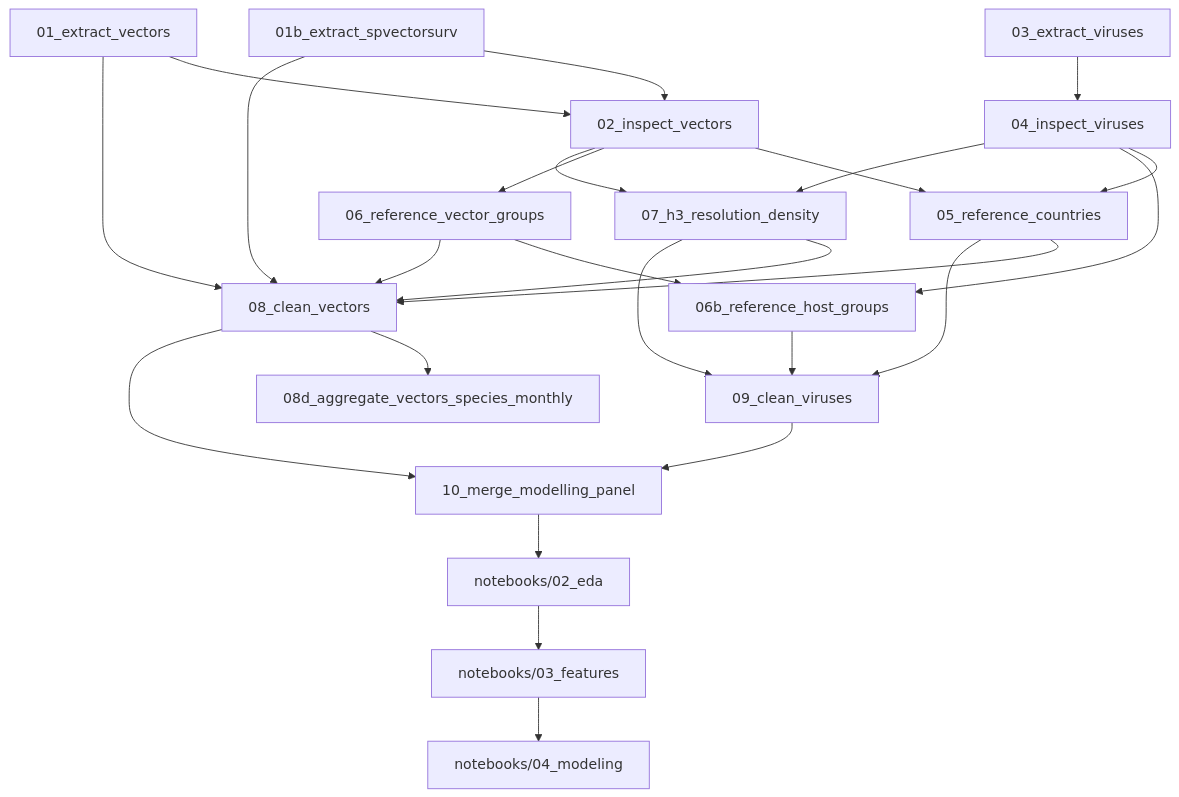
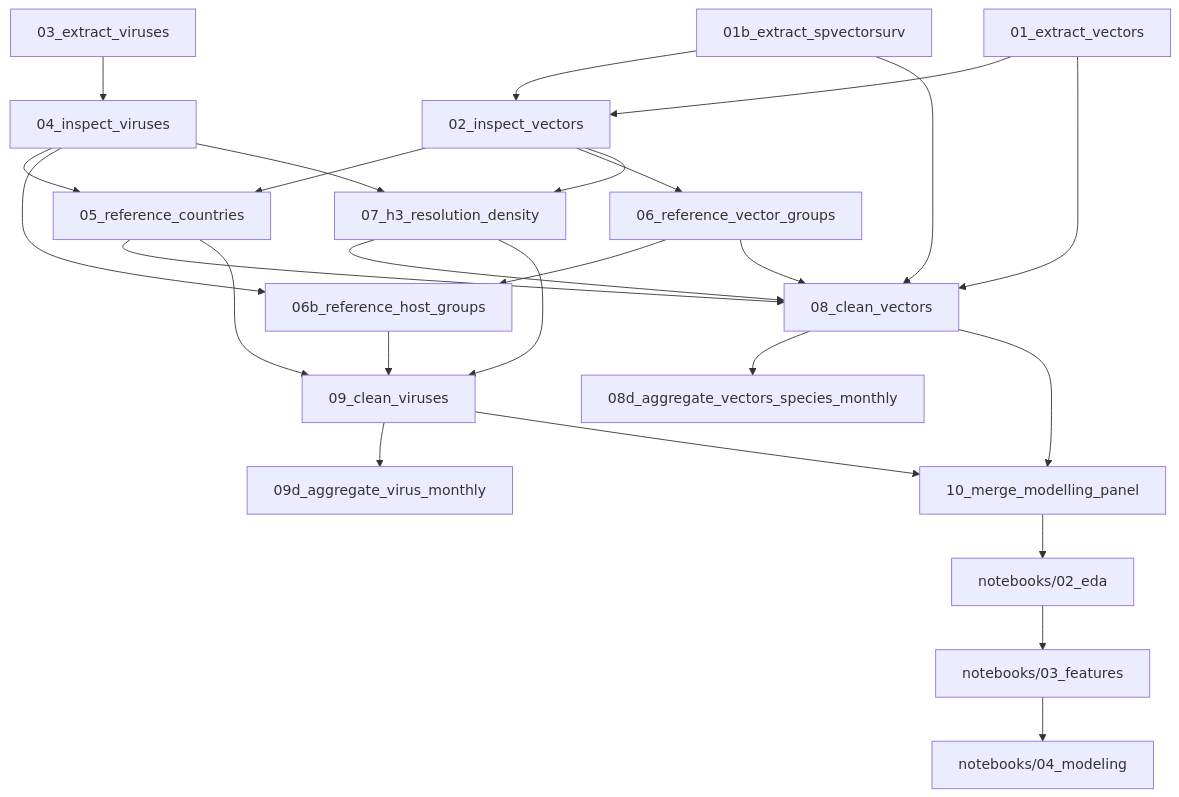
The diagram in specs/04-reference-data-and-panel-pipeline.md (GustavoRusso/vector-guard), drawn with Mermaid before and after one commit. The commit also changed other lines of this file and 7 other files, not shown here.

Commit message:
added generation of a virus_monthly.parquet with monthly summarized information: 17,814 rows from 64,283 H3×year×month virus detections (detections_count sum matches).

````diff
--- a/specs/04-reference-data-and-panel-pipeline.md
+++ b/specs/04-reference-data-and-panel-pipeline.md
@@ -229,44 +231,46 @@
 ```mermaid
 flowchart TD
   extractV["01_extract_vectors"]
   extractSp["01b_extract_spvectorsurv"]
   extractU["03_extract_viruses"]
   edaV["02_inspect_vectors"]
   edaU["04_inspect_viruses"]
   refCountries["05_reference_countries"]
   refTaxa["06_reference_vector_groups"]
   refHosts["06b_reference_host_groups"]
   h3Density["07_h3_resolution_density"]
   cleanV["08_clean_vectors"]
   aggSpecies["08d_aggregate_vectors_species_monthly"]
   cleanU["09_clean_viruses"]
+  aggVirus["09d_aggregate_virus_monthly"]
   merge["10_merge_modelling_panel"]
   edaNb["notebooks/02_eda"]
   featuresNb["notebooks/03_features"]
   modelingNb["notebooks/04_modeling"]
 
   extractV --> edaV
   extractSp --> edaV
   extractSp --> cleanV
   extractU --> edaU
   edaV --> refCountries
   edaU --> refCountries
   edaV --> refTaxa
   edaU --> refHosts
   refTaxa --> refHosts
   edaV --> h3Density
   edaU --> h3Density
   refCountries --> cleanV
   refCountries --> cleanU
   refTaxa --> cleanV
   refHosts --> cleanU
   h3Density --> cleanV
   h3Density --> cleanU
   extractV --> cleanV
   cleanV --> aggSpecies
   cleanV --> merge
+  cleanU --> aggVirus
   cleanU --> merge
   merge --> edaNb
   edaNb --> featuresNb
   featuresNb --> modelingNb
 ```
````
